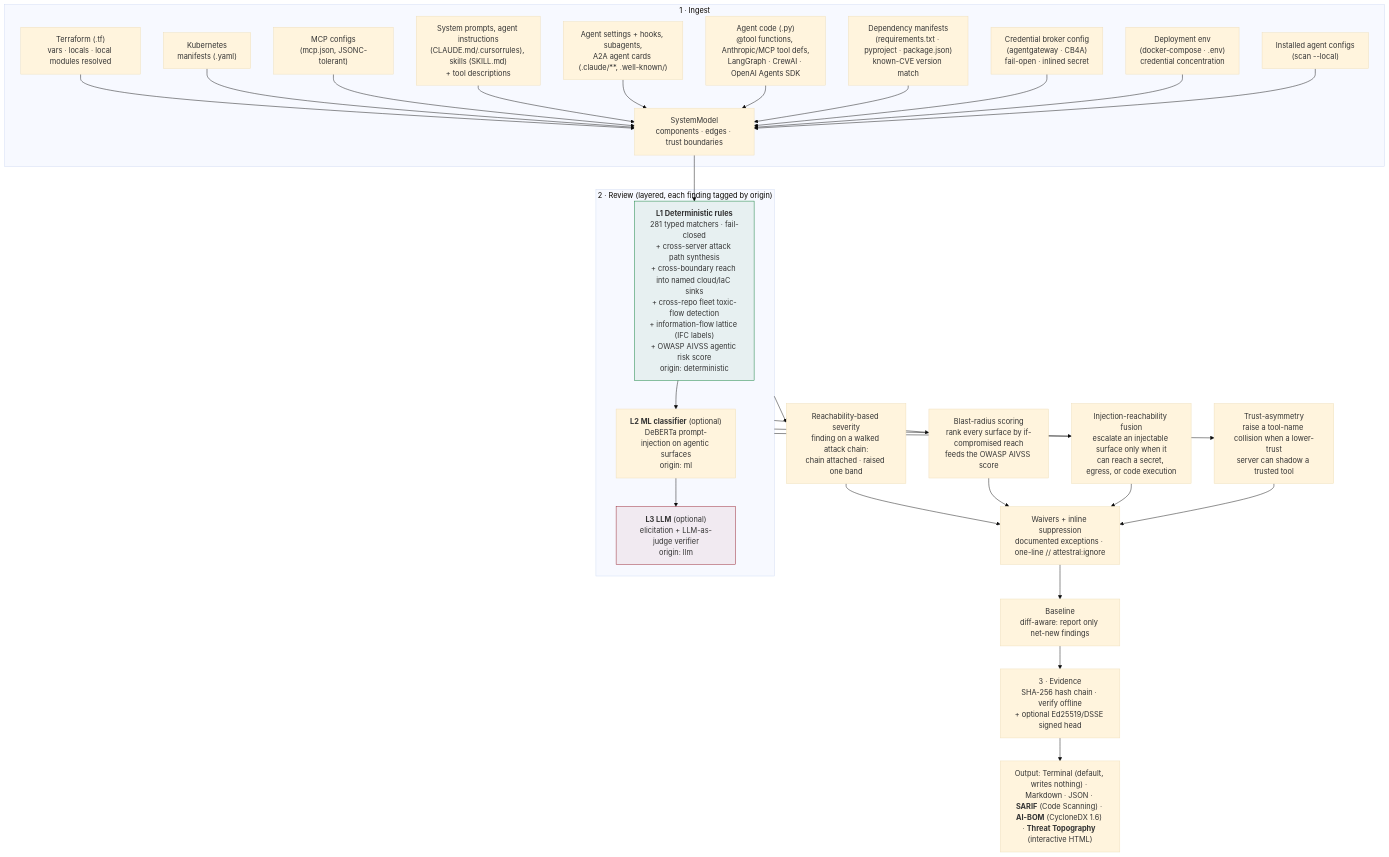
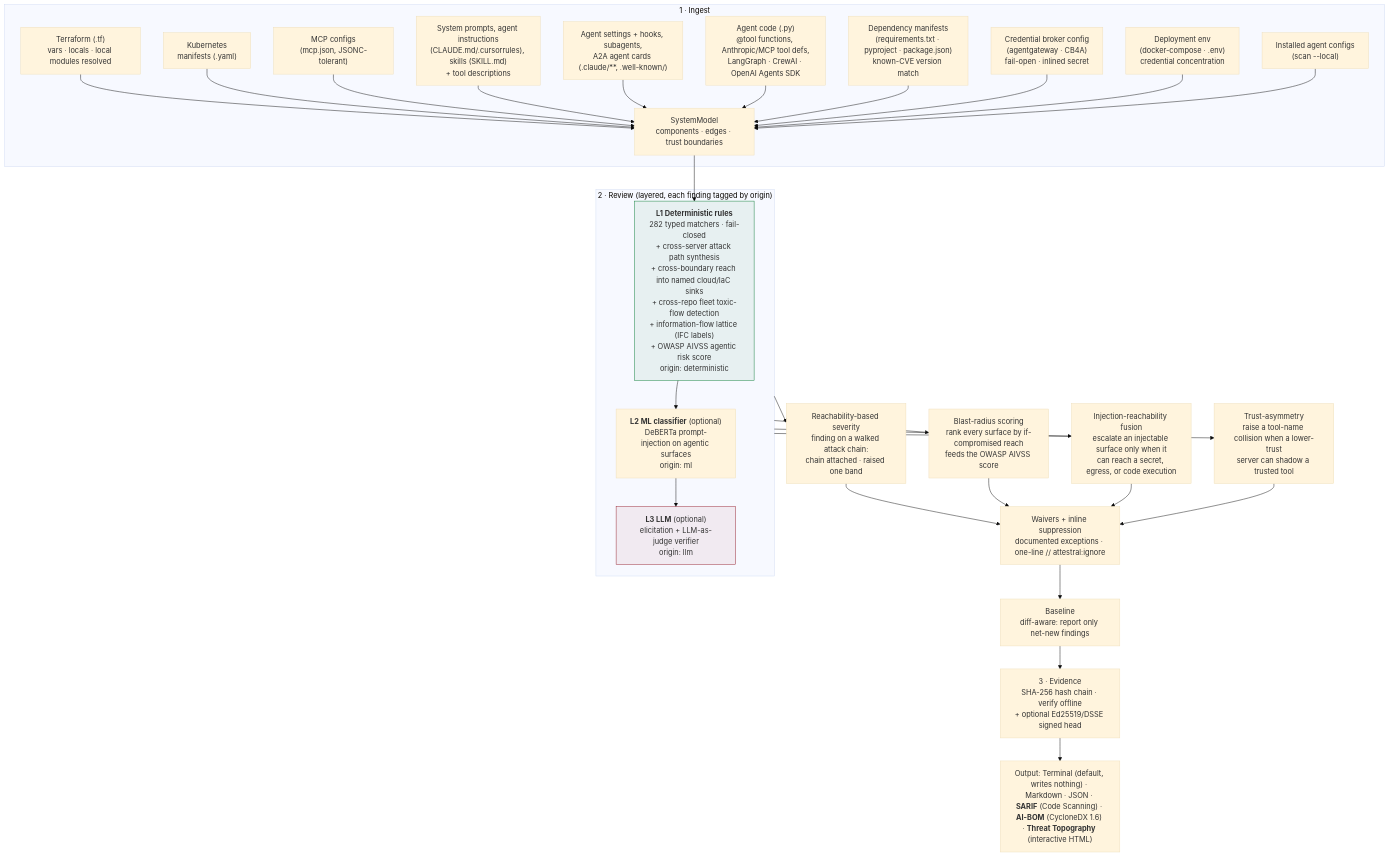
Before and after one commit to attestral-labs/attestral: the first of 5 diagrams in README.md, drawn with Mermaid (base theme). The commit also changed other lines of this file and 12 other files, not shown here.

````diff
--- a/README.md
+++ b/README.md
@@ -124,36 +124,36 @@
 ```mermaid
 flowchart TB
     subgraph ING["1 · Ingest"]
         TF["Terraform (.tf)<br/>vars · locals · local modules resolved"] --> M
         K8S["Kubernetes<br/>manifests (.yaml)"] --> M
         MCP["MCP configs<br/>(mcp.json, JSONC-tolerant)"] --> M
         SP["System prompts, agent instructions<br/>(CLAUDE.md/.cursorrules), skills (SKILL.md)<br/>+ tool descriptions"] --> M
         AC["Agent settings + hooks, subagents,<br/>A2A agent cards (.claude/**, .well-known/)"] --> M
         CODE["Agent code (.py)<br/>@tool functions, Anthropic/MCP tool defs,<br/>LangGraph · CrewAI · OpenAI Agents SDK"] --> M
         DEP["Dependency manifests<br/>(requirements.txt · pyproject · package.json)<br/>known-CVE version match"] --> M
         GW["Credential broker config<br/>(agentgateway · CB4A)<br/>fail-open · inlined secret"] --> M
         DENV["Deployment env<br/>(docker-compose · .env)<br/>credential concentration"] --> M
         LC["Installed agent configs<br/>(scan --local)"] --> M
         M["SystemModel<br/>components · edges · trust boundaries"]
     end
     M --> L1
     subgraph REV["2 · Review (layered, each finding tagged by origin)"]
-        L1["<b>L1 Deterministic rules</b><br/>281 typed matchers · fail-closed<br/>+ cross-server attack path synthesis<br/>+ cross-boundary reach into named cloud/IaC sinks<br/>+ cross-repo fleet toxic-flow detection<br/>+ information-flow lattice (IFC labels)<br/>+ OWASP AIVSS agentic risk score<br/>origin: deterministic"]
+        L1["<b>L1 Deterministic rules</b><br/>282 typed matchers · fail-closed<br/>+ cross-server attack path synthesis<br/>+ cross-boundary reach into named cloud/IaC sinks<br/>+ cross-repo fleet toxic-flow detection<br/>+ information-flow lattice (IFC labels)<br/>+ OWASP AIVSS agentic risk score<br/>origin: deterministic"]
         L2["<b>L2 ML classifier</b> (optional)<br/>DeBERTa prompt-injection on agentic surfaces<br/>origin: ml"]
         L3["<b>L3 LLM</b> (optional)<br/>elicitation + LLM-as-judge verifier<br/>origin: llm"]
         L1 --> L2 --> L3
     end
     REV --> RS["Reachability-based severity<br/>finding on a walked attack chain:<br/>chain attached · raised one band"]
     REV --> BR["Blast-radius scoring<br/>rank every surface by if-compromised reach<br/>feeds the OWASP AIVSS score"]
     REV --> IR["Injection-reachability fusion<br/>escalate an injectable surface only when it<br/>can reach a secret, egress, or code execution"]
     REV --> TA["Trust-asymmetry<br/>raise a tool-name collision when a lower-trust<br/>server can shadow a trusted tool"]
     RS --> W["Waivers + inline suppression<br/>documented exceptions · one-line // attestral:ignore"]
     BR --> W
     IR --> W
     TA --> W
     W --> BL["Baseline<br/>diff-aware: report only net-new findings"]
     BL --> EV["3 · Evidence<br/>SHA-256 hash chain · verify offline<br/>+ optional Ed25519/DSSE signed head"]
     EV --> OUT["Output: Terminal (default, writes nothing) · Markdown · JSON · <b>SARIF</b> (Code Scanning) · <b>AI-BOM</b> (CycloneDX 1.6) · <b>Threat Topography</b> (interactive HTML)"]
     style L1 fill:#0a7d3611,stroke:#0a7d36
     style L3 fill:#96222E11,stroke:#96222E
 ```
````
